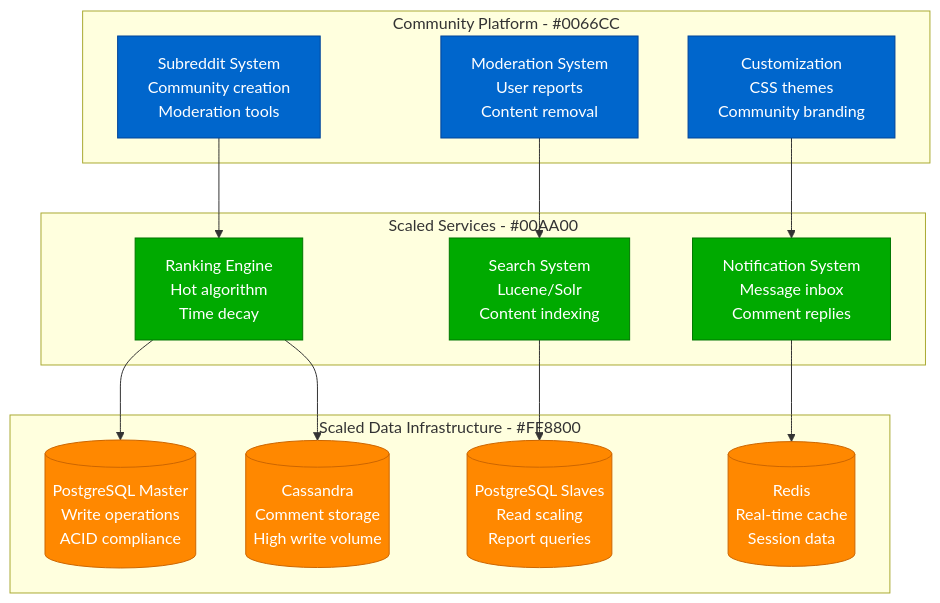
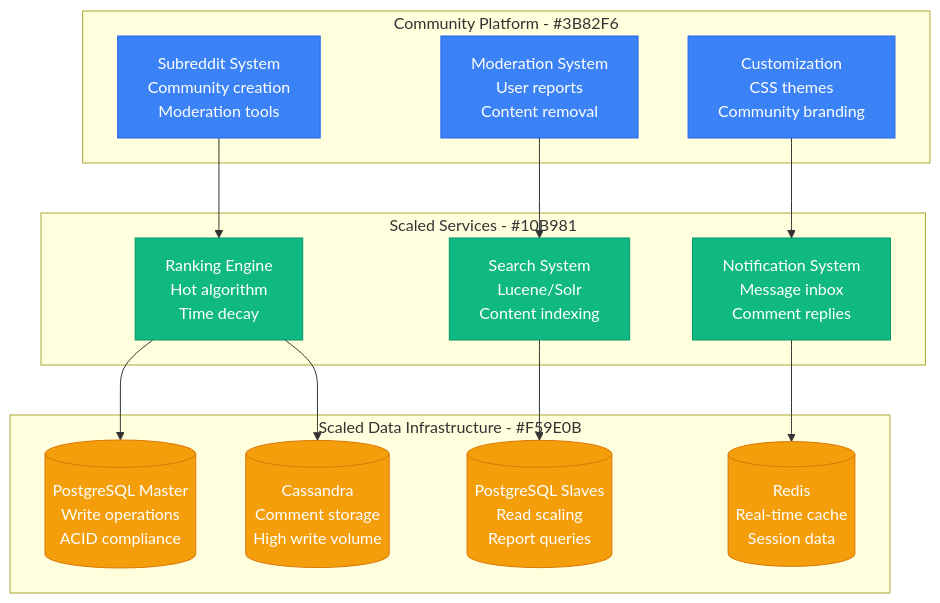
One commit to deepaucksharma/DS changed the second of 3 diagrams in site/docs/scaling/reddit-scale-evolution.md. Above: the diagram before and after it, drawn with Mermaid. The commit also changed other lines of this file and 187 other files, not shown here.

````diff
--- a/site/docs/scaling/reddit-scale-evolution.md
+++ b/site/docs/scaling/reddit-scale-evolution.md
@@ -65,37 +65,37 @@
 ```mermaid
 graph TB
-    subgraph CommunityPlatform[Community Platform - #0066CC]
+    subgraph CommunityPlatform[Community Platform - #3B82F6]
         SUBREDDIT_SYSTEM[Subreddit System<br/>Community creation<br/>Moderation tools]
         MODERATION[Moderation System<br/>User reports<br/>Content removal]
         CUSTOMIZATION[Customization<br/>CSS themes<br/>Community branding]
     end
 
-    subgraph ScaledServices[Scaled Services - #00AA00]
+    subgraph ScaledServices[Scaled Services - #10B981]
         RANKING_ENGINE[Ranking Engine<br/>Hot algorithm<br/>Time decay]
         SEARCH_SYSTEM[Search System<br/>Lucene/Solr<br/>Content indexing]
         NOTIFICATION_SYS[Notification System<br/>Message inbox<br/>Comment replies]
     end
 
-    subgraph ScaledData[Scaled Data Infrastructure - #FF8800]
+    subgraph ScaledData[Scaled Data Infrastructure - #F59E0B]
         POSTGRES_MASTER[(PostgreSQL Master<br/>Write operations<br/>ACID compliance)]
         POSTGRES_SLAVES[(PostgreSQL Slaves<br/>Read scaling<br/>Report queries)]
         REDIS[(Redis<br/>Real-time cache<br/>Session data)]
         CASSANDRA[(Cassandra<br/>Comment storage<br/>High write volume)]
     end
 
     SUBREDDIT_SYSTEM --> RANKING_ENGINE
     MODERATION --> SEARCH_SYSTEM
     CUSTOMIZATION --> NOTIFICATION_SYS
     RANKING_ENGINE --> POSTGRES_MASTER
     SEARCH_SYSTEM --> POSTGRES_SLAVES
     NOTIFICATION_SYS --> REDIS
     RANKING_ENGINE --> CASSANDRA
 
-    classDef platformStyle fill:#0066CC,stroke:#004499,color:#fff
-    classDef serviceStyle fill:#00AA00,stroke:#007700,color:#fff
-    classDef dataStyle fill:#FF8800,stroke:#CC6600,color:#fff
+    classDef platformStyle fill:#3B82F6,stroke:#2563EB,color:#fff
+    classDef serviceStyle fill:#10B981,stroke:#059669,color:#fff
+    classDef dataStyle fill:#F59E0B,stroke:#D97706,color:#fff
 
     class SUBREDDIT_SYSTEM,MODERATION,CUSTOMIZATION platformStyle
     class RANKING_ENGINE,SEARCH_SYSTEM,NOTIFICATION_SYS serviceStyle
     class POSTGRES_MASTER,POSTGRES_SLAVES,REDIS,CASSANDRA dataStyle
 ```
````
